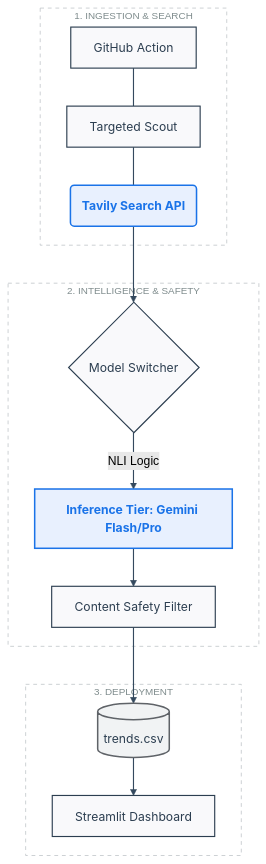
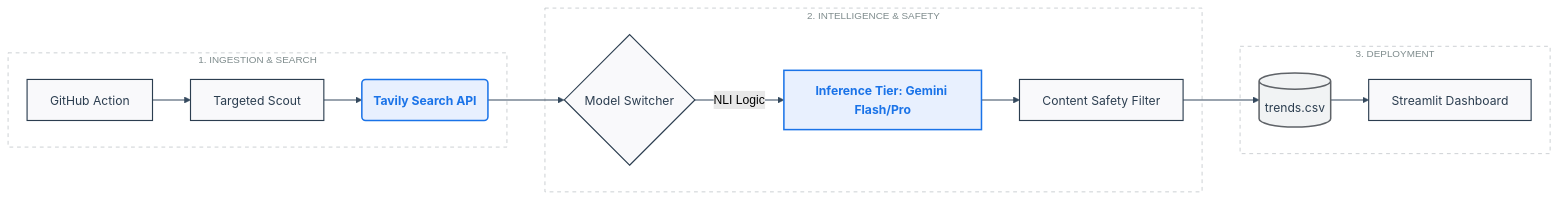
The diagram in readme.md (nishantverma-nagarro/TrendLab), drawn with Mermaid (forest theme) before and after one commit.

Commit message:
Convert architecture diagram to horizontal

````diff
--- a/readme.md
+++ b/readme.md
@@ -15,36 +15,35 @@
 ```mermaid
-graph TD
+graph LR
     %% Global Styles
-    %% Using a sleek, neutral palette: Deep Blue, Slate, and Ghost White
     classDef default fill:#f9f9fb,stroke:#2c3e50,stroke-width:1.5px,color:#2c3e50,font-family:Inter,Arial;
     classDef subgraphStyle fill:#ffffff,stroke:#bdc3c7,stroke-width:1px,stroke-dasharray: 5 5,color:#7f8c8d,font-size:13px;
     classDef highlight fill:#e8f0fe,stroke:#1a73e8,stroke-width:2px,color:#1a73e8,font-weight:bold;
     classDef storage fill:#f1f3f4,stroke:#5f6368,stroke-width:2px;
 
     %% --- 1. DATA INGESTION ---
     subgraph Ingestion ["1. INGESTION & SEARCH"]
-        A[GitHub Action] --- B[Targeted Scout]
-        B --- C(Tavily Search API)
+        A[GitHub Action] --> B[Targeted Scout]
+        B --> C(Tavily Search API)
     end
 
     %% --- 2. INTELLIGENCE ---
     subgraph Intel ["2. INTELLIGENCE & SAFETY"]
         C --> D{Model Switcher}
         D -- "NLI Logic" --> E
         E[Inference Tier: Gemini Flash/Pro] --> F[Content Safety Filter]
     end
 
     %% --- 3. DEPLOYMENT ---
     subgraph Deployment ["3. DEPLOYMENT"]
         F --> G[(trends.csv)]
         G --> H[Streamlit Dashboard]
     end
 
     %% Apply Classes
     class Ingestion,Intel,Deployment subgraphStyle;
     class C,E highlight;
     class G storage;
 
     %% Flow Customization
     linkStyle default stroke:#34495e,stroke-width:1.5px;
 ```
````
